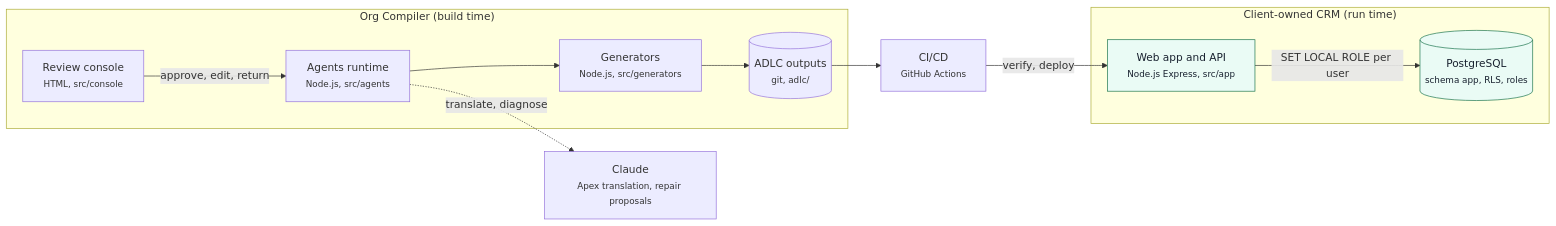
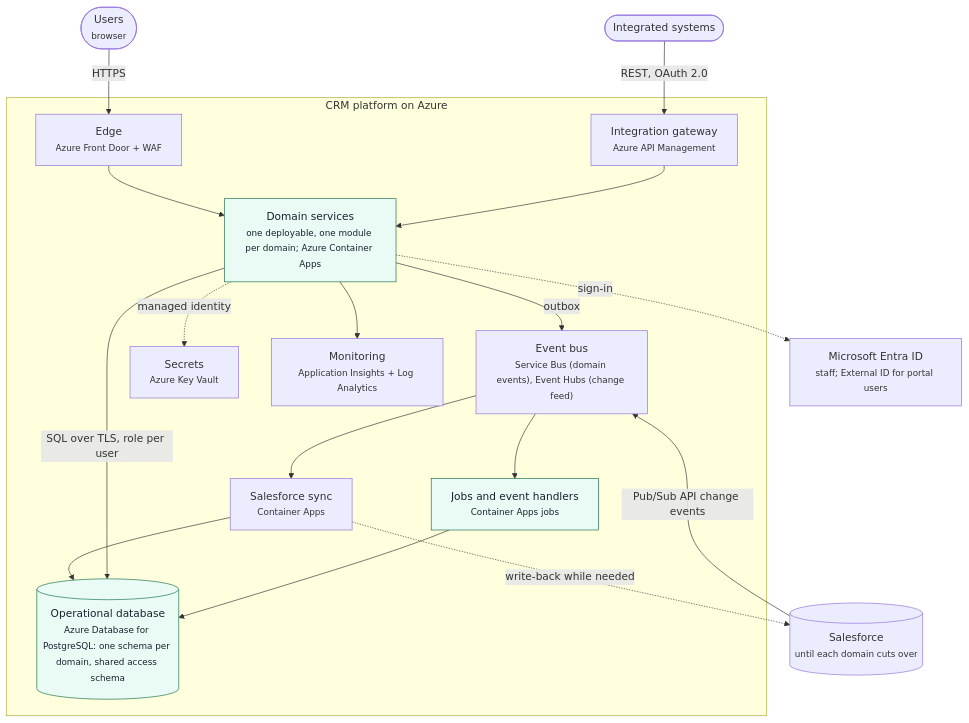
The diagram in adlc/2-design/modelling/design/diagrams/c4Container.mmd (himantgupta-alt/crm-genie), drawn with Mermaid before and after one commit. The commit also changed 49 other files, not shown here.

First line of the commit message:
Client pack, target-state platform architecture and deck slide

```diff
--- a/adlc/2-design/modelling/design/diagrams/c4Container.mmd
+++ b/adlc/2-design/modelling/design/diagrams/c4Container.mmd
@@ -1,22 +1,27 @@
-flowchart LR
-  subgraph ORG["Org Compiler (build time)"]
-    AG["Agents runtime<br/><small>Node.js, src/agents</small>"]
-    GEN["Generators<br/><small>Node.js, src/generators</small>"]
-    CON["Review console<br/><small>HTML, src/console</small>"]
-    REPO[("ADLC outputs<br/><small>git, adlc/</small>")]
+flowchart TB
+  U(["Users<br/><small>browser</small>"])
+  EXT(["Integrated systems"])
+  SF[("Salesforce<br/><small>until each domain cuts over</small>")]
+  subgraph SYS["CRM platform on Azure"]
+    EDGE["Edge<br/><small>Azure Front Door + WAF</small>"]
+    GW["Integration gateway<br/><small>Azure API Management</small>"]
+    APP["Domain services<br/><small>one deployable, one module per domain; Azure Container Apps</small>"]
+    JOBS["Jobs and event handlers<br/><small>Container Apps jobs</small>"]
+    SYNC["Salesforce sync<br/><small>Container Apps</small>"]
+    BUS["Event bus<br/><small>Service Bus (domain events), Event Hubs (change feed)</small>"]
+    DB[("Operational database<br/><small>Azure Database for PostgreSQL: one schema per domain, shared access schema</small>")]
+    KV["Secrets<br/><small>Azure Key Vault</small>"]
+    MON["Monitoring<br/><small>Application Insights + Log Analytics</small>"]
   end
-  subgraph RUN["Client-owned CRM (run time)"]
-    APP["Web app and API<br/><small>Node.js Express, src/app</small>"]
-    DB[("PostgreSQL<br/><small>schema app, RLS, roles</small>")]
-  end
-  CI["CI/CD<br/><small>GitHub Actions</small>"]
-  LLM["Claude<br/><small>Apex translation, repair proposals</small>"]
-  AG --> GEN
-  GEN --> REPO
-  AG -. "translate, diagnose" .-> LLM
-  CON -- "approve, edit, return" --> AG
-  REPO --> CI
-  CI -- "verify, deploy" --> APP
-  APP -- "SET LOCAL ROLE per user" --> DB
+  IDP["Microsoft Entra ID<br/><small>staff; External ID for portal users</small>"]
+  U -- "HTTPS" --> EDGE --> APP
+  EXT -- "REST, OAuth 2.0" --> GW --> APP
+  SF -- "Pub/Sub API change events" --> BUS --> SYNC --> DB
+  SYNC -. "write-back while needed" .-> SF
+  APP -- "SQL over TLS, role per user" --> DB
+  APP -- "outbox" --> BUS --> JOBS --> DB
+  APP -. "managed identity" .-> KV
+  APP -. "sign-in" .-> IDP
+  APP --> MON
   classDef run fill:#EAFBF5,stroke:#157048,color:#18212F;
-  class APP,DB run;
+  class APP,JOBS,DB run;
```
